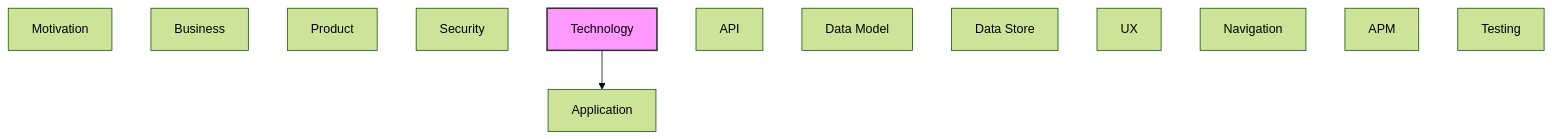
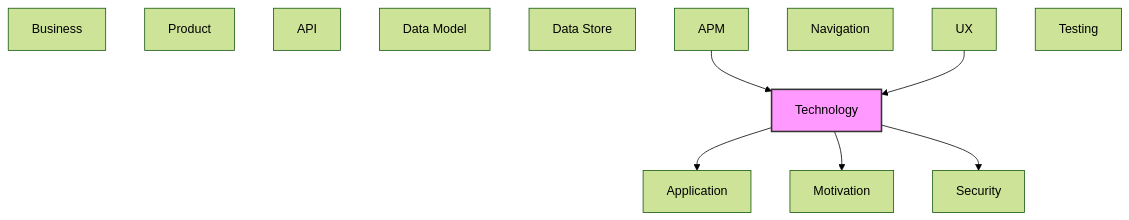
Before and after one commit to tinkermonkey/context-studio: the diagram in documentation-robotics/reports/06-technology-layer-report.md, drawn with Mermaid (forest theme). The commit also changed other lines of this file and 93 other files, not shown here.

````diff
--- a/documentation-robotics/reports/06-technology-layer-report.md
+++ b/documentation-robotics/reports/06-technology-layer-report.md
@@ -71,19 +80,23 @@
 ```mermaid
 flowchart TB
   classDef current fill:#f9f,stroke:#333,stroke-width:2px
   motivation["Motivation"]
   business["Business"]
   product["Product"]
   security["Security"]
   application["Application"]
   technology["Technology"]
   api["API"]
   data_model["Data Model"]
   data_store["Data Store"]
   ux["UX"]
   navigation["Navigation"]
   apm["APM"]
   testing["Testing"]
+  apm --> technology
   technology --> application
+  technology --> motivation
+  technology --> security
+  ux --> technology
   class technology current
 ```
````
